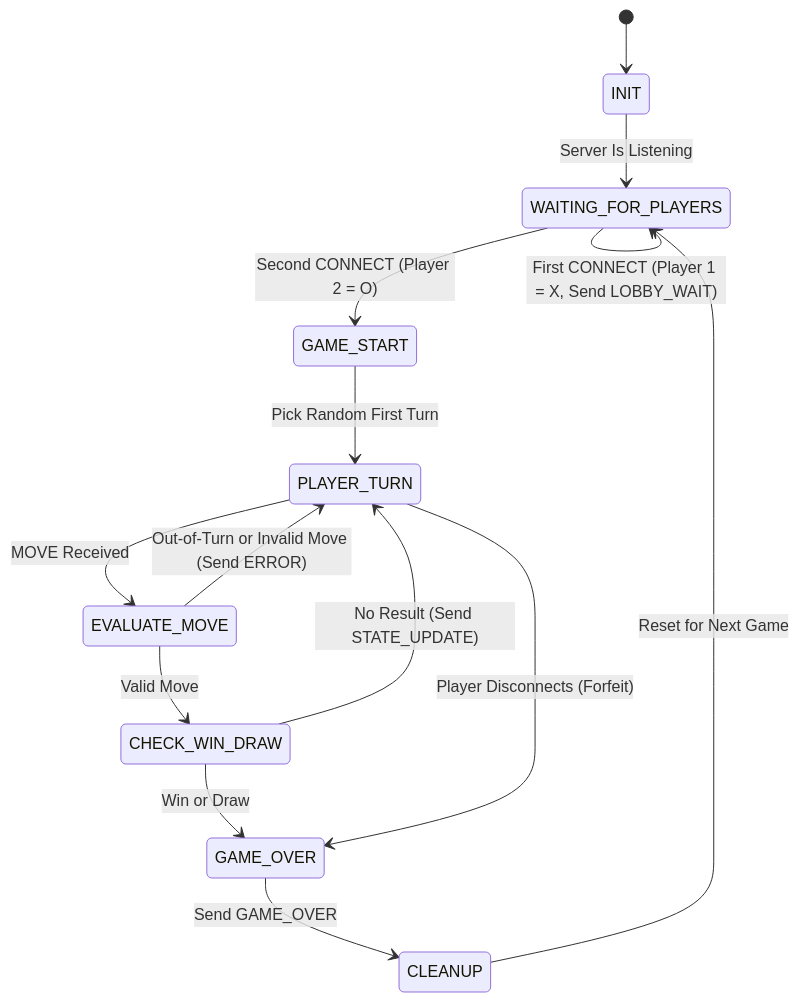
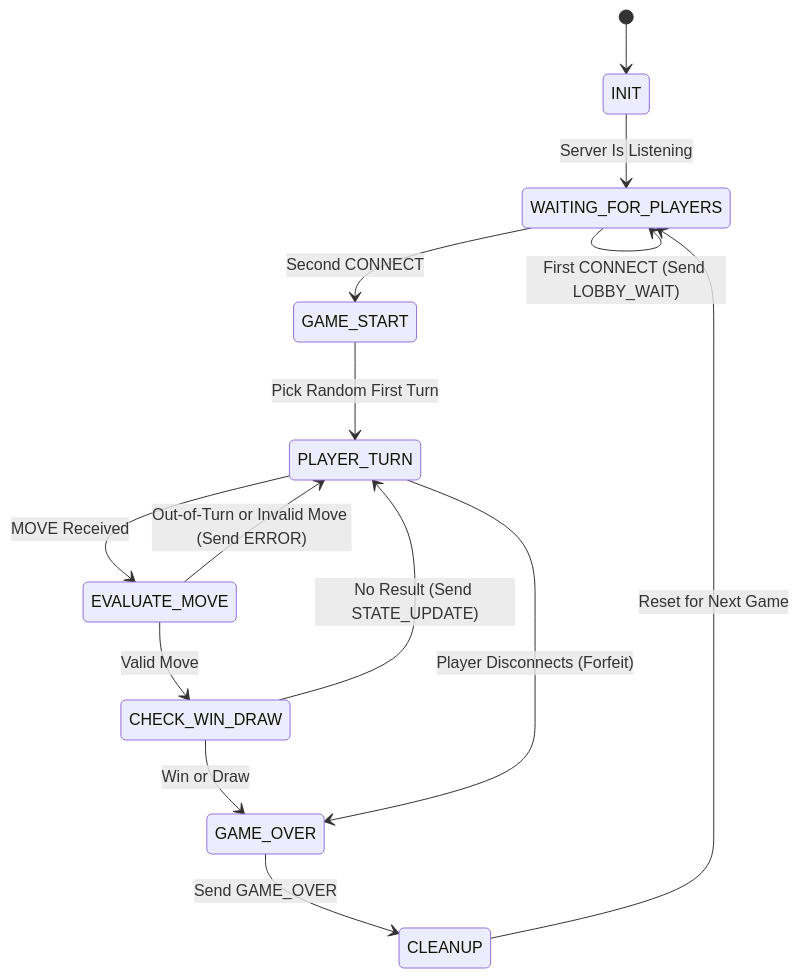
One commit to Dumsty/CS457Project changed the diagram in docs/fsm_specification.md. Above: the diagram before and after it, drawn with Mermaid.

````diff
--- a/docs/fsm_specification.md
+++ b/docs/fsm_specification.md
@@ -7,16 +7,16 @@
 ```mermaid
 stateDiagram-v2
     [*] --> INIT
     INIT --> WAITING_FOR_PLAYERS: Server Is Listening
-    WAITING_FOR_PLAYERS --> WAITING_FOR_PLAYERS: First CONNECT (Player 1 = X, Send LOBBY_WAIT)
-    WAITING_FOR_PLAYERS --> GAME_START: Second CONNECT (Player 2 = O)
+    WAITING_FOR_PLAYERS --> WAITING_FOR_PLAYERS: First CONNECT (Send LOBBY_WAIT)
+    WAITING_FOR_PLAYERS --> GAME_START: Second CONNECT
     GAME_START --> PLAYER_TURN: Pick Random First Turn
     PLAYER_TURN --> EVALUATE_MOVE: MOVE Received
     EVALUATE_MOVE --> PLAYER_TURN: Out-of-Turn or Invalid Move (Send ERROR)
     EVALUATE_MOVE --> CHECK_WIN_DRAW: Valid Move
     CHECK_WIN_DRAW --> PLAYER_TURN: No Result (Send STATE_UPDATE)
     CHECK_WIN_DRAW --> GAME_OVER: Win or Draw
     PLAYER_TURN --> GAME_OVER: Player Disconnects (Forfeit)
     GAME_OVER --> CLEANUP: Send GAME_OVER
     CLEANUP --> WAITING_FOR_PLAYERS: Reset for Next Game
 ```
````
